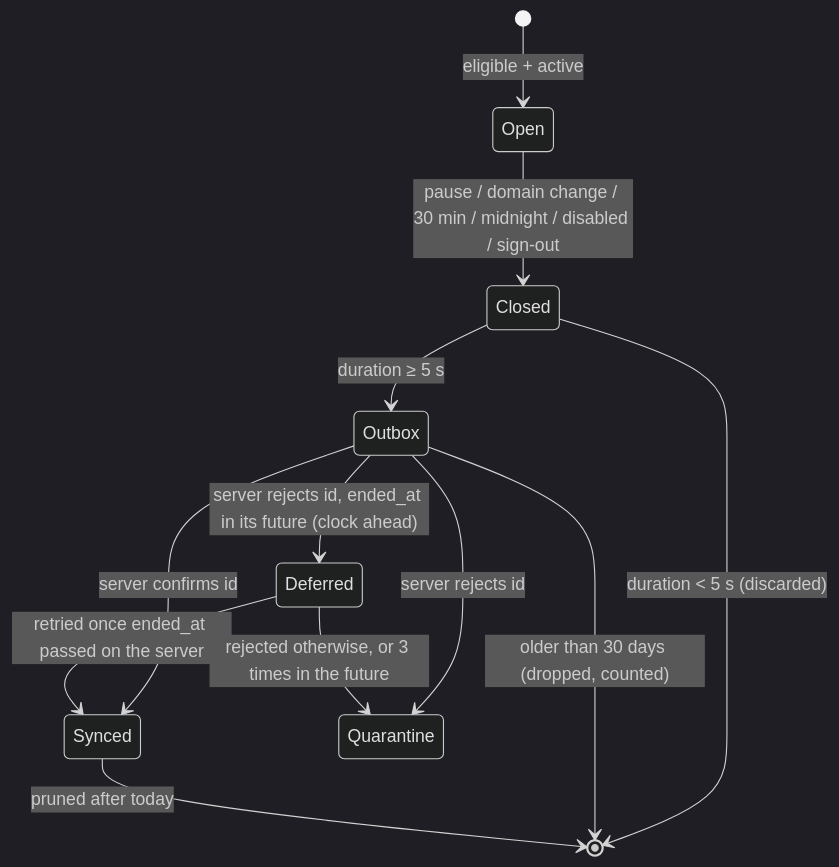
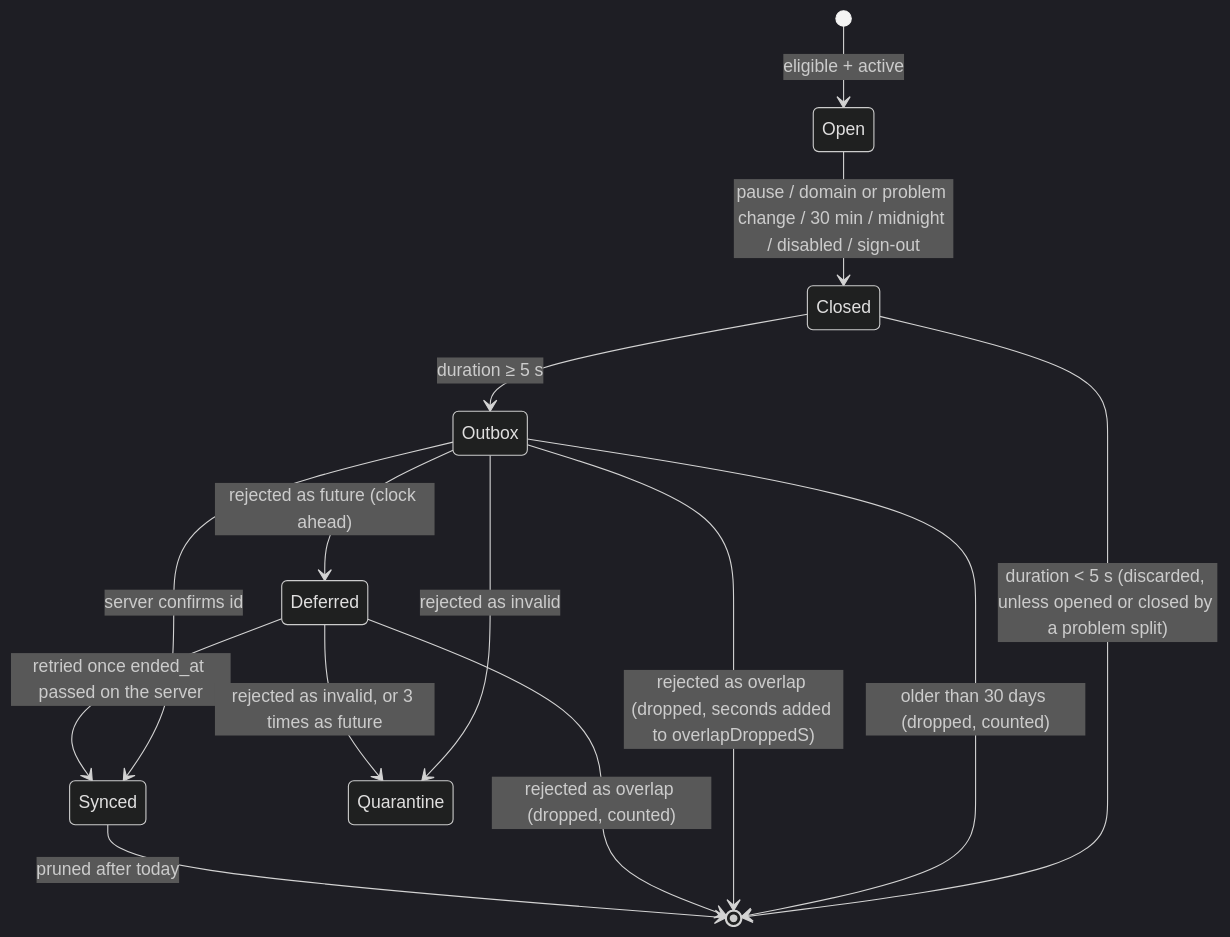
One commit to vbenedito/careeros changed the third of 4 diagrams in docs/architecture/extension.md. Above: the diagram before and after it, drawn with Mermaid (dark theme). The commit also changed other lines of this file and 29 other files, not shown here.

````diff
--- a/docs/architecture/extension.md
+++ b/docs/architecture/extension.md
@@ -79,14 +81,16 @@
 ```mermaid
 stateDiagram-v2
   [*] --> Open: eligible + active
-  Open --> Closed: pause / domain change / 30 min / midnight / disabled / sign-out
+  Open --> Closed: pause / domain or problem change / 30 min / midnight / disabled / sign-out
   Closed --> Outbox: duration ≥ 5 s
-  Closed --> [*]: duration < 5 s (discarded)
+  Closed --> [*]: duration < 5 s (discarded, unless opened or closed by a problem split)
   Outbox --> Synced: server confirms id
-  Outbox --> Quarantine: server rejects id
+  Outbox --> Quarantine: rejected as invalid
   Outbox --> [*]: older than 30 days (dropped, counted)
-  Outbox --> Deferred: server rejects id, ended_at in its future (clock ahead)
+  Outbox --> [*]: rejected as overlap (dropped, seconds added to overlapDroppedS)
+  Outbox --> Deferred: rejected as future (clock ahead)
   Deferred --> Synced: retried once ended_at passed on the server
-  Deferred --> Quarantine: rejected otherwise, or 3 times in the future
+  Deferred --> [*]: rejected as overlap (dropped, counted)
+  Deferred --> Quarantine: rejected as invalid, or 3 times as future
   Synced --> [*]: pruned after today
 ```
````
